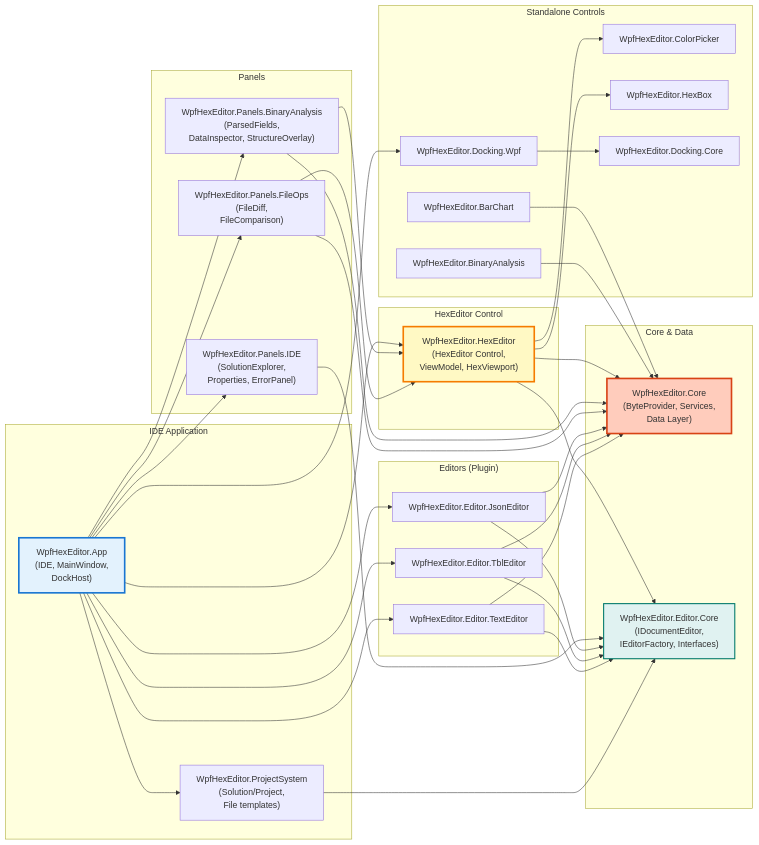
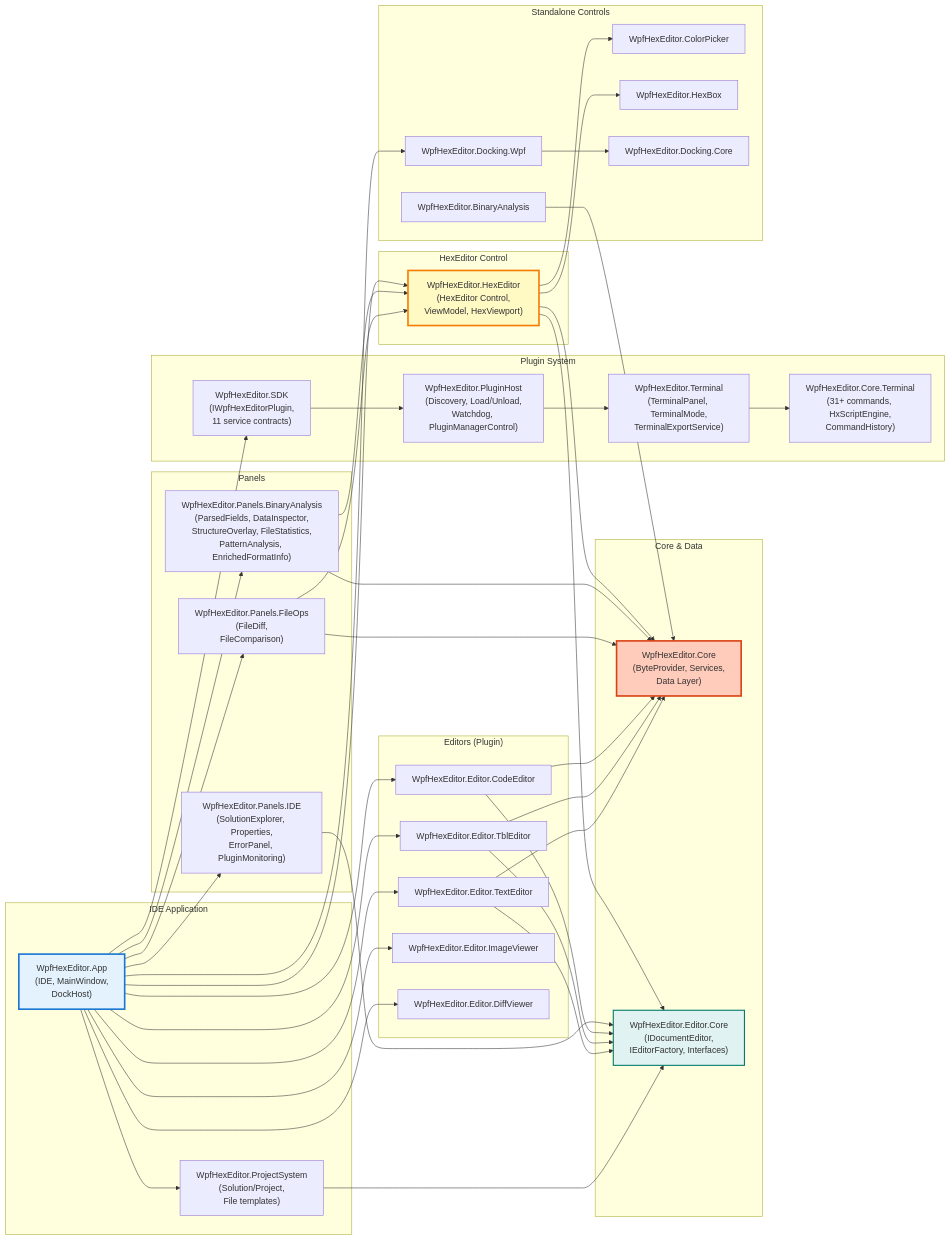
The first of 9 diagrams in docs/architecture/Overview.md (abbaye/WpfHexEditorIDE), drawn with Mermaid before and after one commit. The commit also changed other lines of this file and 22 other files, not shown here.

First line of the commit message:
feat(plugins,app,docking,docs): ParsedFields plugin, PluginManager UI overhaul, DockTabControl fixes

```diff
--- a/docs/architecture/Overview.md
+++ b/docs/architecture/Overview.md
@@ -102,19 +111,27 @@
     end
 
     subgraph "Editors (Plugin)"
-        JsonEditor["WpfHexEditor.Editor.JsonEditor"]
+        CodeEditor["WpfHexEditor.Editor.CodeEditor"]
         TblEditor["WpfHexEditor.Editor.TblEditor"]
         TextEditor["WpfHexEditor.Editor.TextEditor"]
+        ImageViewer["WpfHexEditor.Editor.ImageViewer"]
+        DiffViewer["WpfHexEditor.Editor.DiffViewer"]
+    end
+
+    subgraph "Plugin System"
+        SDK["WpfHexEditor.SDK<br/>(IWpfHexEditorPlugin,<br/>11 service contracts)"]
+        PluginHost["WpfHexEditor.PluginHost<br/>(Discovery, Load/Unload,<br/>Watchdog, PluginManagerControl)"]
+        Terminal["WpfHexEditor.Terminal<br/>(TerminalPanel, TerminalMode,<br/>TerminalExportService)"]
+        CoreTerm["WpfHexEditor.Core.Terminal<br/>(31+ commands, HxScriptEngine,<br/>CommandHistory)"]
     end
 
     subgraph "Panels"
-        PanelsIDE["WpfHexEditor.Panels.IDE<br/>(SolutionExplorer,<br/>Properties, ErrorPanel)"]
-        PanelsBinary["WpfHexEditor.Panels.BinaryAnalysis<br/>(ParsedFields,<br/>DataInspector, StructureOverlay)"]
+        PanelsIDE["WpfHexEditor.Panels.IDE<br/>(SolutionExplorer, Properties,<br/>ErrorPanel, PluginMonitoring)"]
+        PanelsBinary["WpfHexEditor.Panels.BinaryAnalysis<br/>(ParsedFields, DataInspector,<br/>StructureOverlay, FileStatistics,<br/>PatternAnalysis, EnrichedFormatInfo)"]
         PanelsFileOps["WpfHexEditor.Panels.FileOps<br/>(FileDiff,<br/>FileComparison)"]
     end
 
     subgraph "Standalone Controls"
-        BarChart["WpfHexEditor.BarChart"]
         BinaryAnalysis["WpfHexEditor.BinaryAnalysis"]
         ColorPicker["WpfHexEditor.ColorPicker"]
         HexBox["WpfHexEditor.HexBox"]
@@ -128,9 +145,15 @@
     App --> PanelsFileOps
     App --> ProjectSystem
     App --> DockingWpf
-    App --> JsonEditor
+    App --> SDK
+    App --> CodeEditor
     App --> TblEditor
     App --> TextEditor
+    App --> ImageViewer
+    App --> DiffViewer
+
+    SDK --> PluginHost
+    PluginHost --> Terminal --> CoreTerm
 
     HexEditor --> Core
     HexEditor --> EditorCore
@@ -143,14 +166,13 @@
     PanelsFileOps --> Core
     PanelsFileOps --> HexEditor
 
-    JsonEditor --> Core
-    JsonEditor --> EditorCore
+    CodeEditor --> Core
+    CodeEditor --> EditorCore
     TblEditor --> Core
     TblEditor --> EditorCore
     TextEditor --> Core
     TextEditor --> EditorCore
 
-    BarChart --> Core
     BinaryAnalysis --> Core
     DockingWpf --> DockingCore
     ProjectSystem --> EditorCore
```
